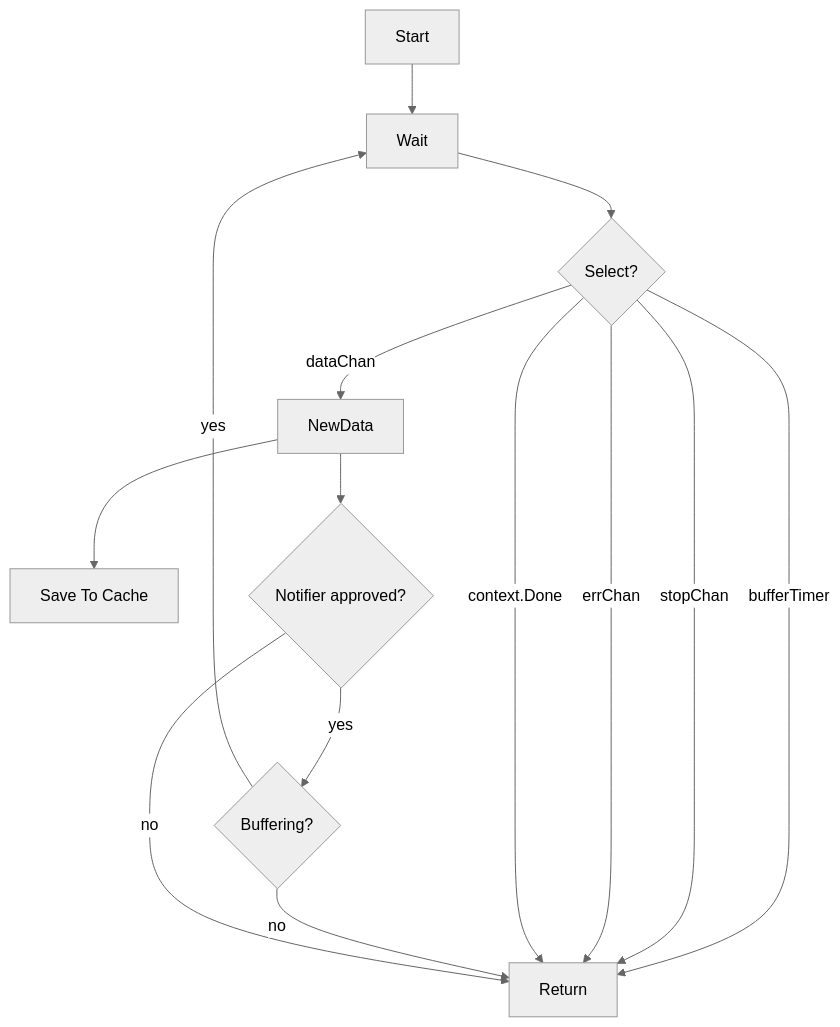
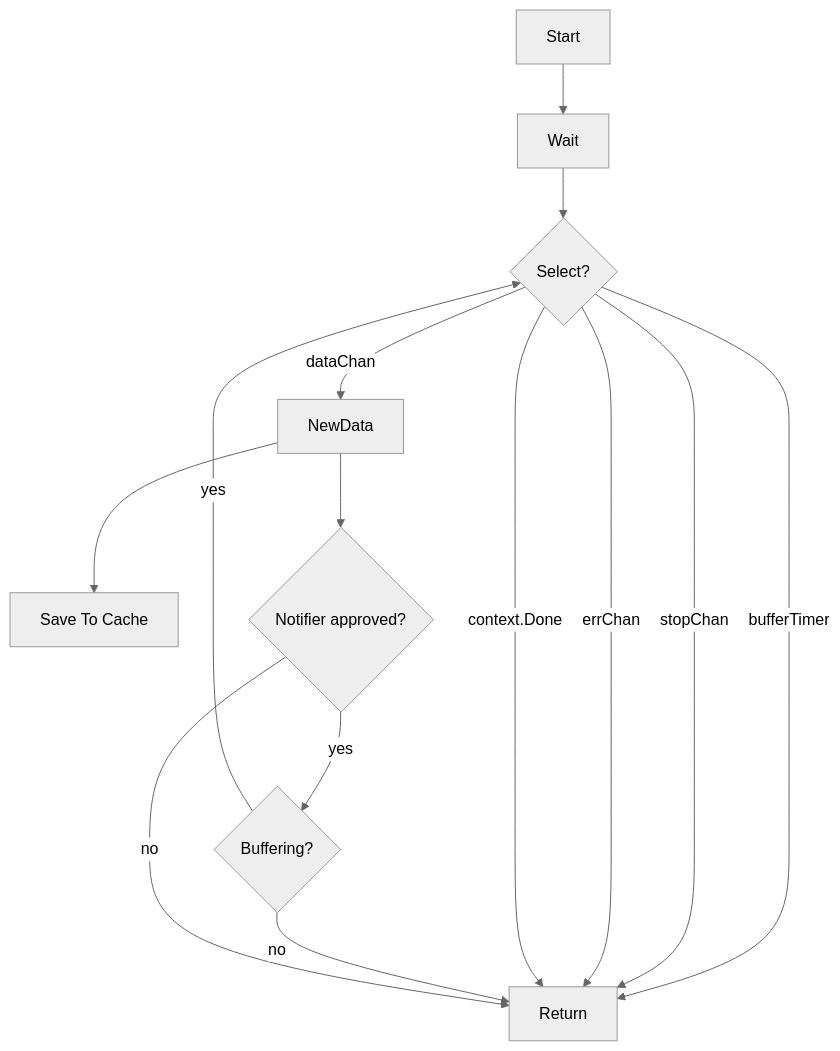
One commit to hashicorp/hcat changed the sixth of 6 diagrams in README.md. Above: the diagram before and after it, drawn with Mermaid (neutral theme).

Commit message:
buffer arrow to select in  watcher.Wait diagram

````diff
--- a/README.md
+++ b/README.md
@@ -167,16 +167,16 @@
 ``` mermaid
 flowchart TB
     Start --> Wait
     Wait --> S{Select?}
     S -->|dataChan| NewData
     S -->|bufferTimer| Return
     S -->|stopChan| Return
     S -->|errChan| Return
     S -->|context.Done| Return
     NewData --> SC[Save To Cache]
     NewData --> N{Notifier approved?}
     N -->|yes| B{Buffering?}
-    B -->|yes| Wait
+    B -->|yes| S
     B -->|no| Return
     N -->|no| Return
 ```
````
